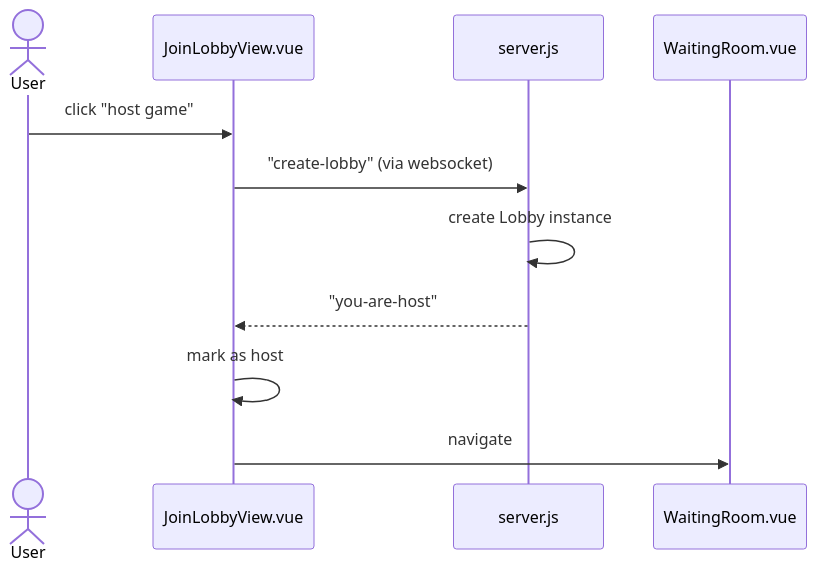
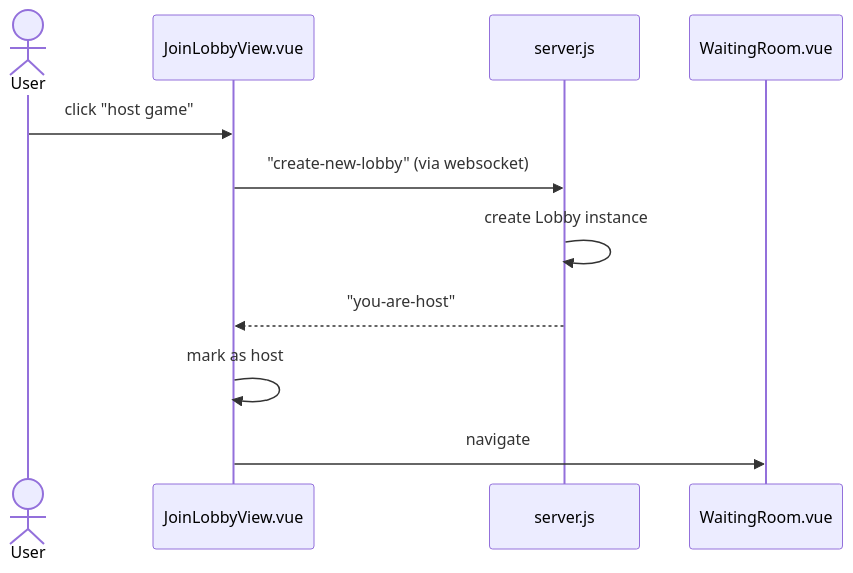
Before and after one commit to Capstone-Projects-2025-Spring/project-aac-game-team-a: the second of 14 diagrams in documentation/docs/system-architecture/design.md, drawn with Mermaid. The commit also changed other lines of this file, not shown here.

Commit message:
sequence diagram 2

````diff
--- a/documentation/docs/system-architecture/design.md
+++ b/documentation/docs/system-architecture/design.md
@@ -457,14 +457,14 @@
 ```mermaid
 sequenceDiagram
     actor User
     participant JoinLobbyView.vue
     participant server.js
     participant WaitingRoom.vue
 
     User->>JoinLobbyView.vue: click "host game"
-    JoinLobbyView.vue->>server.js: "create-lobby" (via websocket)
+    JoinLobbyView.vue->>server.js: "create-new-lobby" (via websocket)
     server.js->>server.js: create Lobby instance
     server.js-->>JoinLobbyView.vue: "you-are-host"
     JoinLobbyView.vue->>JoinLobbyView.vue: mark as host
     JoinLobbyView.vue->>WaitingRoom.vue: navigate
 ```
````
